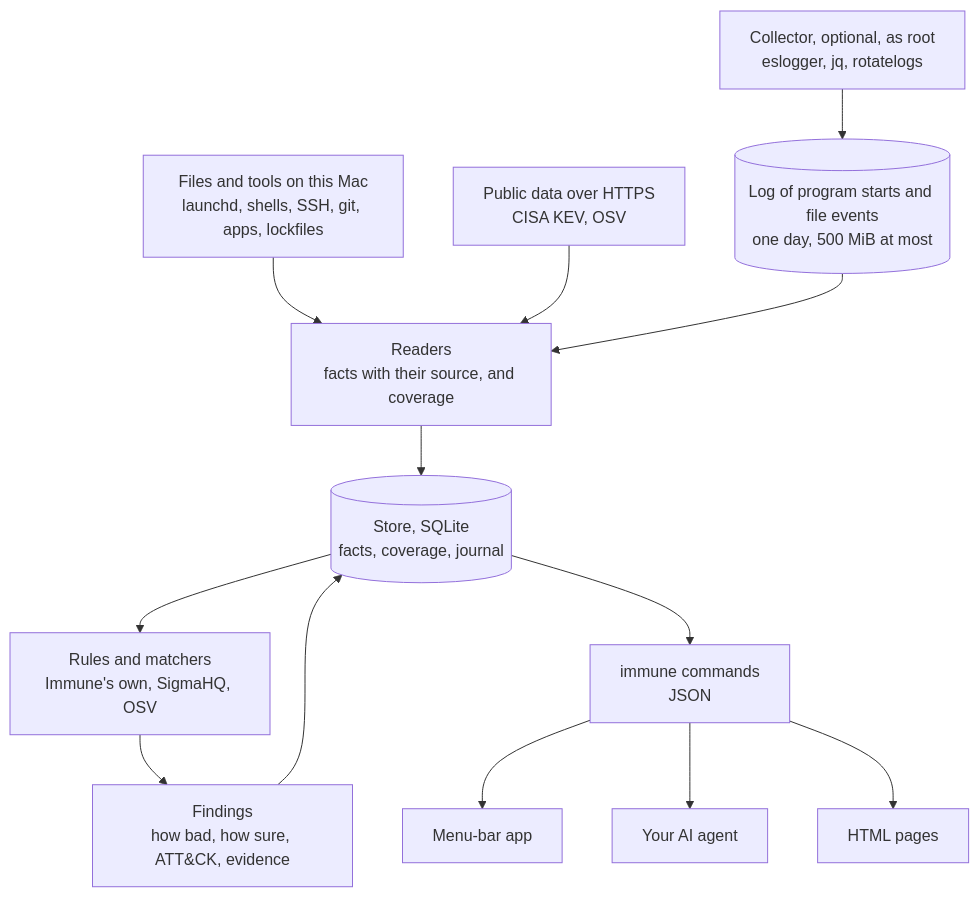
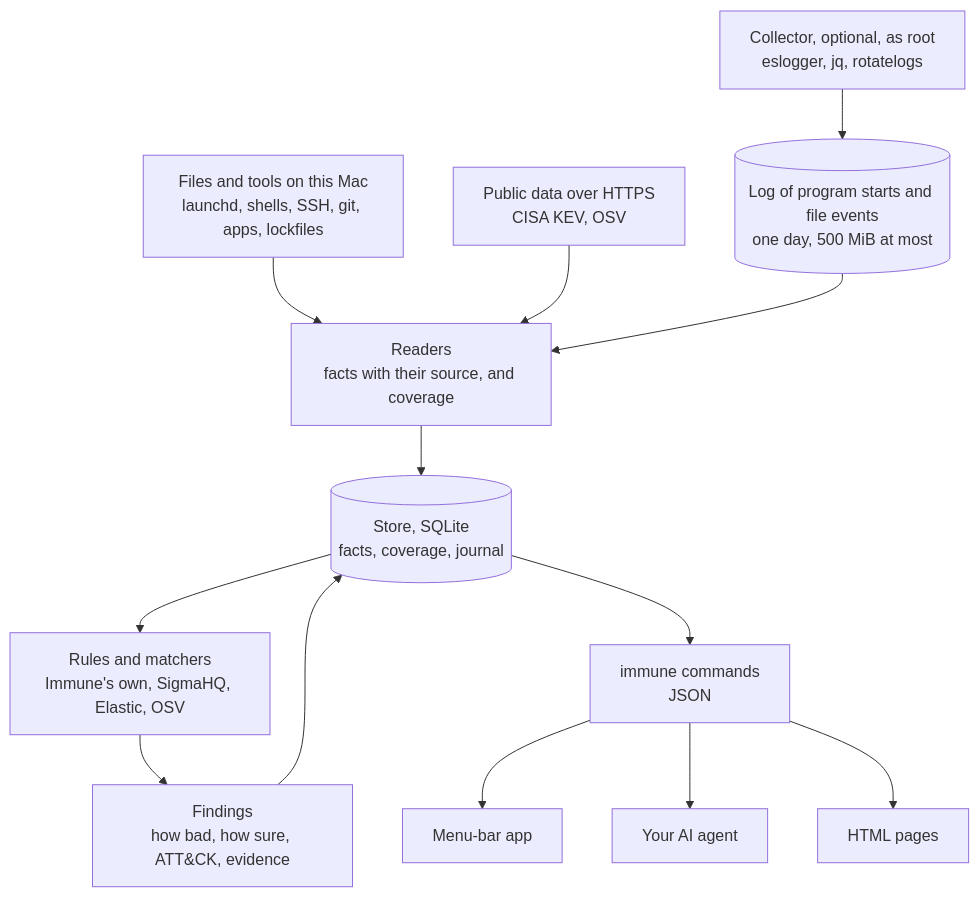
Before and after one commit to nuanu-ai/immune: the diagram in README.md, drawn with Mermaid. The commit also changed other lines of this file and 91 other files, not shown here.

````diff
--- a/README.md
+++ b/README.md
@@ -105,15 +105,15 @@
 ```mermaid
 flowchart TD
     collector["Collector, optional, as root<br/>eslogger, jq, rotatelogs"] --> log[("Log of program starts and file events<br/>one day, 500 MiB at most")]
     mac["Files and tools on this Mac<br/>launchd, shells, SSH, git, apps, lockfiles"] --> readers
     feeds["Public data over HTTPS<br/>CISA KEV, OSV"] --> readers
     log --> readers["Readers<br/>facts with their source, and coverage"]
     readers --> store[("Store, SQLite<br/>facts, coverage, journal")]
-    store --> rules["Rules and matchers<br/>Immune's own, SigmaHQ, OSV"]
+    store --> rules["Rules and matchers<br/>Immune's own, SigmaHQ, Elastic, OSV"]
     rules --> findings["Findings<br/>how bad, how sure, ATT&CK, evidence"]
     findings --> store
     store --> commands["immune commands<br/>JSON"]
     commands --> app["Menu-bar app"]
     commands --> agent["Your AI agent"]
     commands --> page["HTML pages"]
 ```
````
